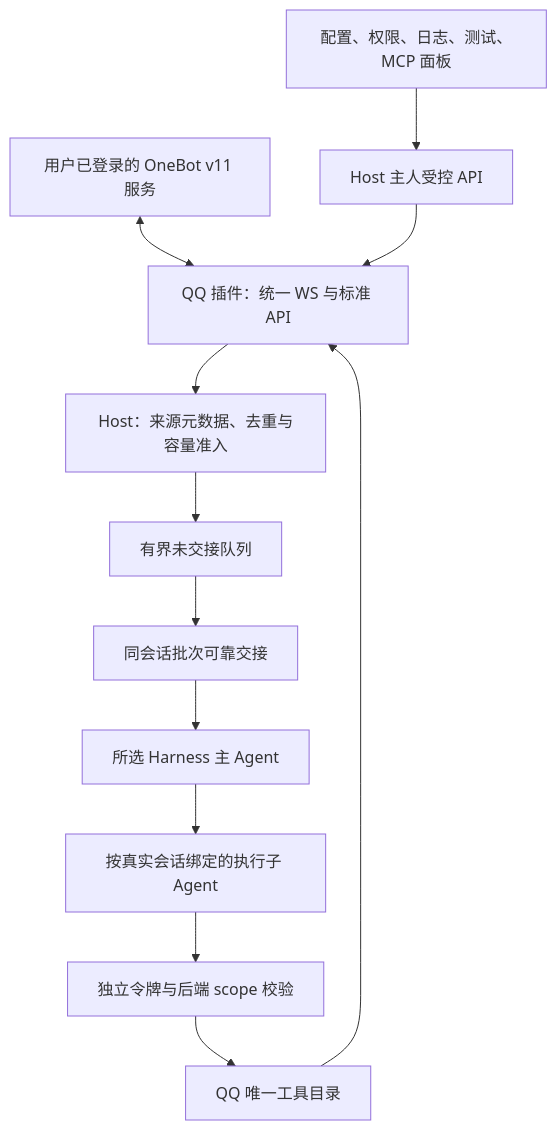
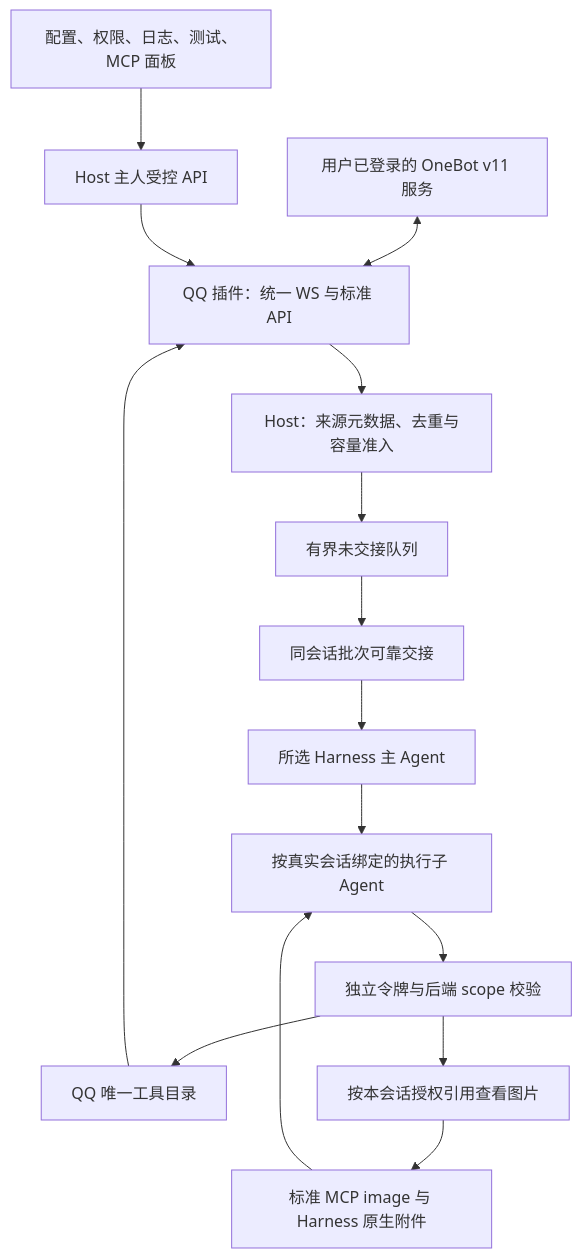
One commit to rvaim/eating changed the diagram in docs/architecture/QQ与平台能力.md. Above: the diagram before and after it, drawn with Mermaid. The commit also changed other lines of this file and 105 other files, not shown here.

First line of the commit message:
接入同实例只读原生Web与受控图片能力并稳定时间上下文

````diff
--- a/docs/architecture/QQ与平台能力.md
+++ b/docs/architecture/QQ与平台能力.md
@@ -7,14 +7,17 @@
 ```mermaid
 flowchart TB
     OB[用户已登录的 OneBot v11 服务] <--> QQ[QQ 插件：统一 WS 与标准 API]
     QQ --> Admit[Host：来源元数据、去重与容量准入]
     Admit --> Queue[有界未交接队列]
     Queue --> HG[同会话批次可靠交接]
     HG --> Main[所选 Harness 主 Agent]
     Main --> Child[按真实会话绑定的执行子 Agent]
     Child --> MCP[独立令牌与后端 scope 校验]
     MCP --> Tools[QQ 唯一工具目录]
     Tools --> QQ
+    MCP --> Image[按本会话授权引用查看图片]
+    Image --> Attachment[标准 MCP image 与 Harness 原生附件]
+    Attachment --> Child
     UI[配置、权限、日志、测试、MCP 面板] --> API[Host 主人受控 API]
     API --> QQ
 ```
````
